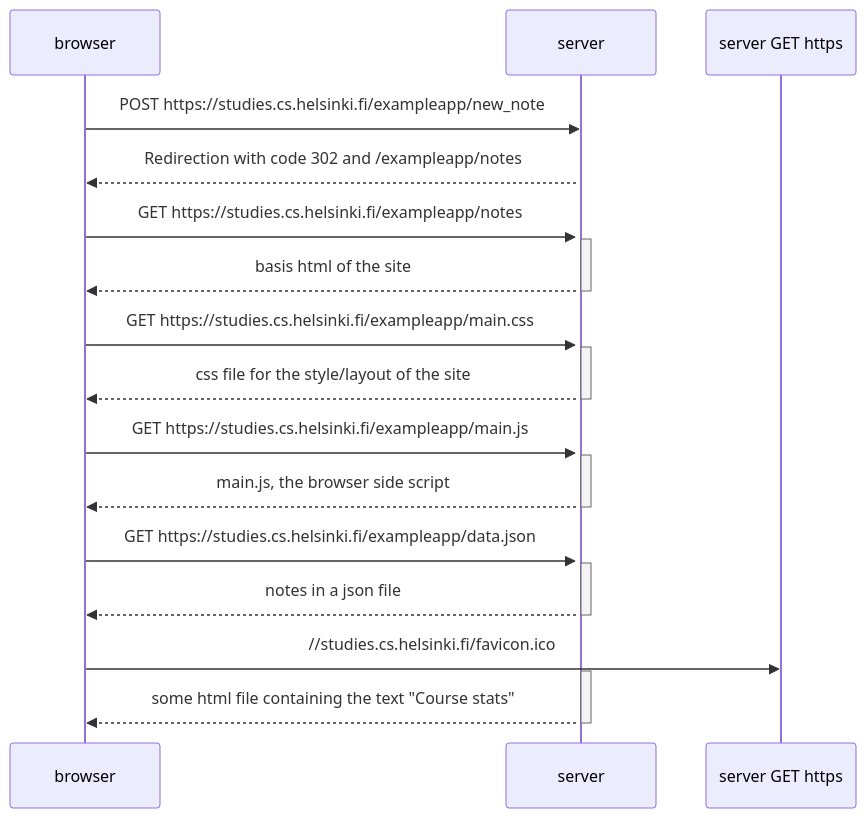
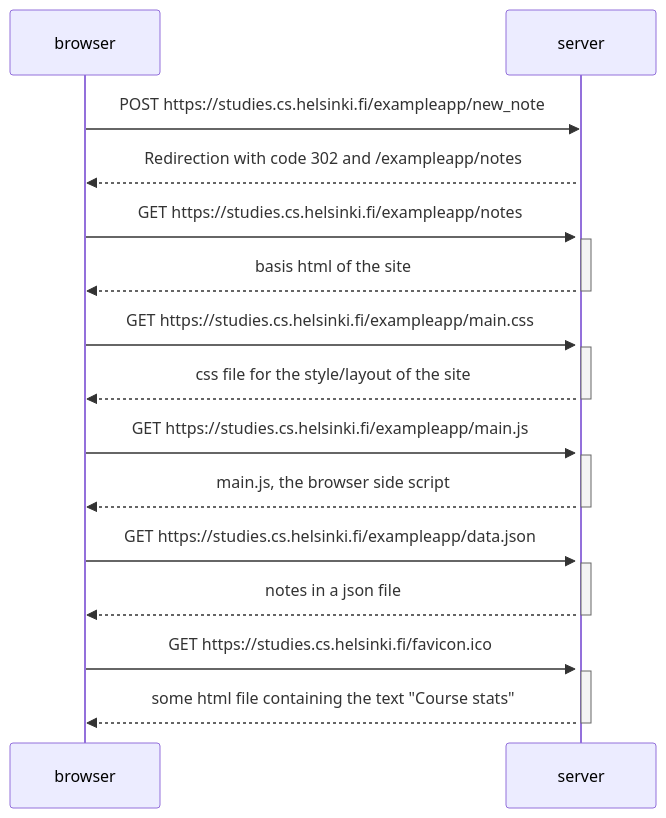
One commit to lxhelmer/fullstackopen changed the diagram in osa0/seq.md. Above: the diagram before and after it, drawn with Mermaid.

````diff
--- a/osa0/seq.md
+++ b/osa0/seq.md
@@ -1,35 +1,35 @@
 ```mermaid
 sequenceDiagram
 	participant browser
 	participant server
 
 	browser->>server: POST https://studies.cs.helsinki.fi/exampleapp/new_note
 	activate server
 	server-->>browser: Redirection with code 302 and /exampleapp/notes
 
 	browser->>server: GET https://studies.cs.helsinki.fi/exampleapp/notes
 	activate server
 	server-->>browser: basis html of the site
 	deactivate server
 
 	browser->>server: GET https://studies.cs.helsinki.fi/exampleapp/main.css
     	activate server
     	server-->>browser: css file for the style/layout of the site
     	deactivate server
     
     	browser->>server: GET https://studies.cs.helsinki.fi/exampleapp/main.js
     	activate server
     	server-->>browser: main.js, the browser side script
     	deactivate server
 
 	browser->>server: GET https://studies.cs.helsinki.fi/exampleapp/data.json
 	activate server
 	server-->>browser: notes in a json file
 	deactivate server
 
-	browser->>server GET https://studies.cs.helsinki.fi/favicon.ico
+	browser->>server: GET https://studies.cs.helsinki.fi/favicon.ico
 	activate server 
 	server-->>browser: some html file containing the text "Course stats"
 	deactivate server
 	
 ```
````
